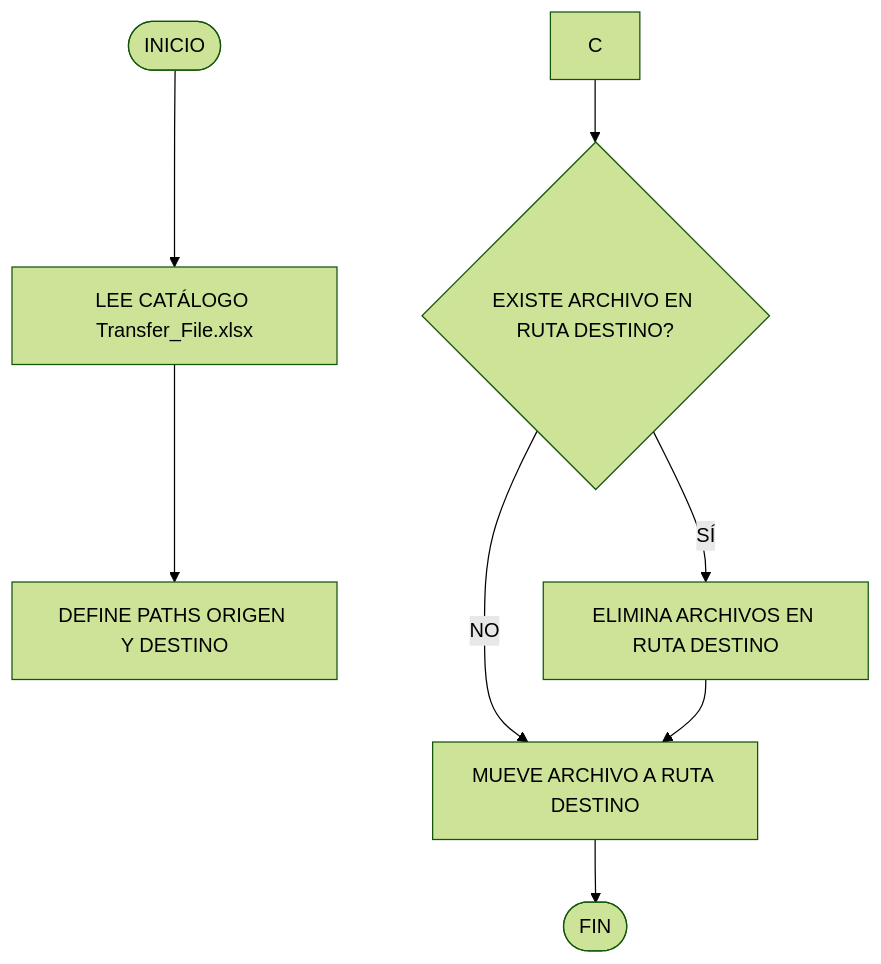
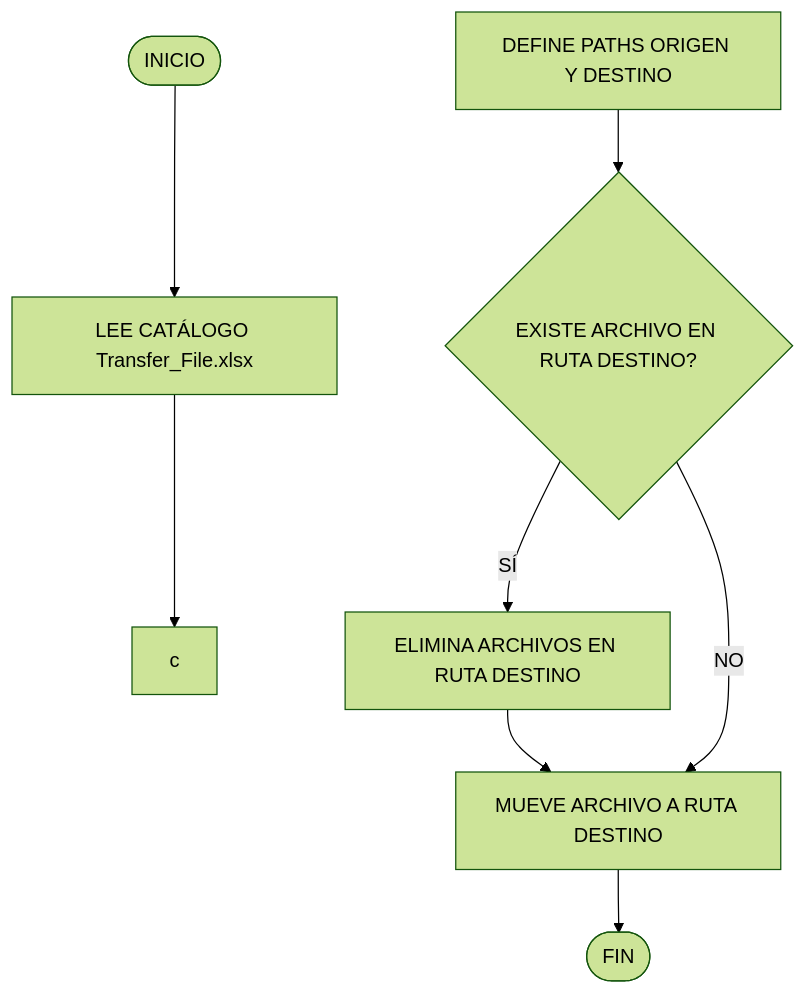
The third of 3 diagrams in README.md (Servidor-MX1-Producto/000_FMT_GLOBAL), drawn with Mermaid (forest theme) before and after one commit.

Commit message:
MG: Error en sintaxis solucionado

````diff
--- a/README.md
+++ b/README.md
@@ -111,19 +111,19 @@
 ```mermaid
 flowchart TD
 A([INICIO])
 B[LEE CATÁLOGO Transfer_File.xlsx]
-c[DEFINE PATHS ORIGEN Y DESTINO]
+C[DEFINE PATHS ORIGEN Y DESTINO]
 D{EXISTE ARCHIVO EN RUTA DESTINO?}
 DY[ELIMINA ARCHIVOS EN RUTA DESTINO]
 E[MUEVE ARCHIVO A RUTA DESTINO]
 F([FIN])
 
 
 A --> B
 B --> c
 C --> D
 D --> |SÍ| DY
 D --> |NO| E
 DY --> E
 E --> F
 ```
````
